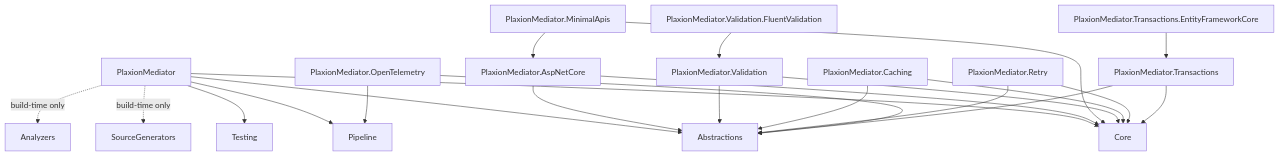
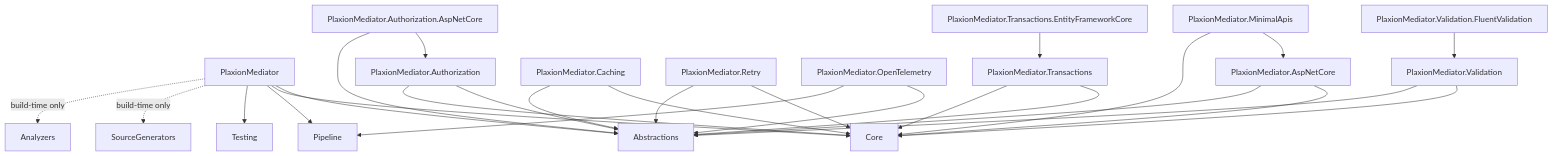
The diagram in docs/wiki/Packages-Overview.md (avmp2208/PlaxionMediator), drawn with Mermaid before and after one commit. The commit also changed other lines of this file and 76 other files, not shown here.

Commit message:
feat(authorization): introduce request-level authorization with ASP.NET Core integration (#36)

````diff
--- a/docs/wiki/Packages-Overview.md
+++ b/docs/wiki/Packages-Overview.md
@@ -33,25 +35,29 @@
 ```mermaid
 graph TD
     DI[PlaxionMediator] --> Abstractions
     DI --> Core
     DI --> Pipeline
     DI --> Testing
     DI -. build-time only .-> SourceGenerators
     DI -. build-time only .-> Analyzers
     AspNetCore[PlaxionMediator.AspNetCore] --> Core
     AspNetCore --> Abstractions
     MinimalApis[PlaxionMediator.MinimalApis] --> AspNetCore
     MinimalApis --> Core
     Validation[PlaxionMediator.Validation] --> Core
     Validation --> Abstractions
     FluentValidation[PlaxionMediator.Validation.FluentValidation] --> Validation
     Caching[PlaxionMediator.Caching] --> Core
     Caching --> Abstractions
     Retry[PlaxionMediator.Retry] --> Core
     Retry --> Abstractions
     OpenTelemetry[PlaxionMediator.OpenTelemetry] --> Abstractions
     OpenTelemetry --> Pipeline
     Transactions[PlaxionMediator.Transactions] --> Abstractions
     Transactions --> Core
     EfCoreTransactions[PlaxionMediator.Transactions.EntityFrameworkCore] --> Transactions
+    Authorization[PlaxionMediator.Authorization] --> Abstractions
+    Authorization --> Core
+    AuthorizationAspNetCore[PlaxionMediator.Authorization.AspNetCore] --> Authorization
+    AuthorizationAspNetCore --> Abstractions
 ```
````
